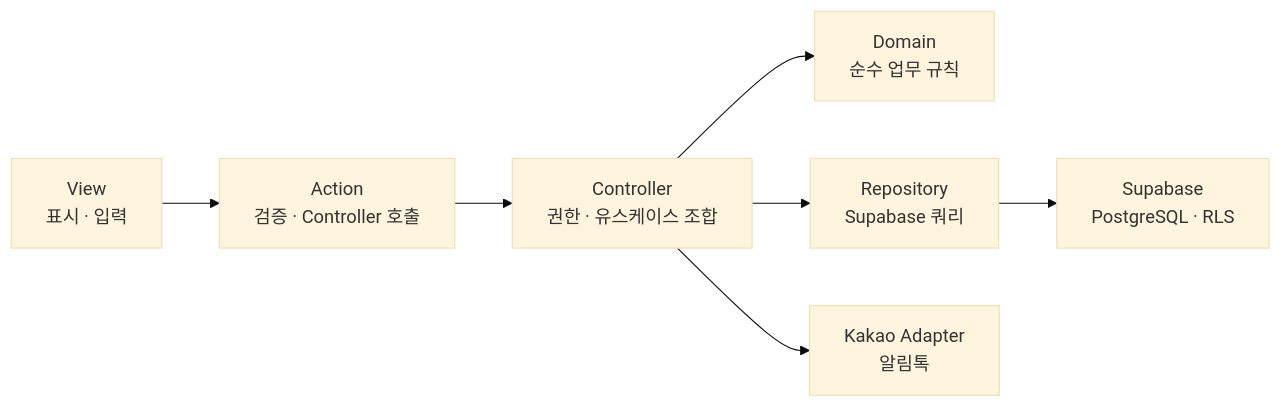
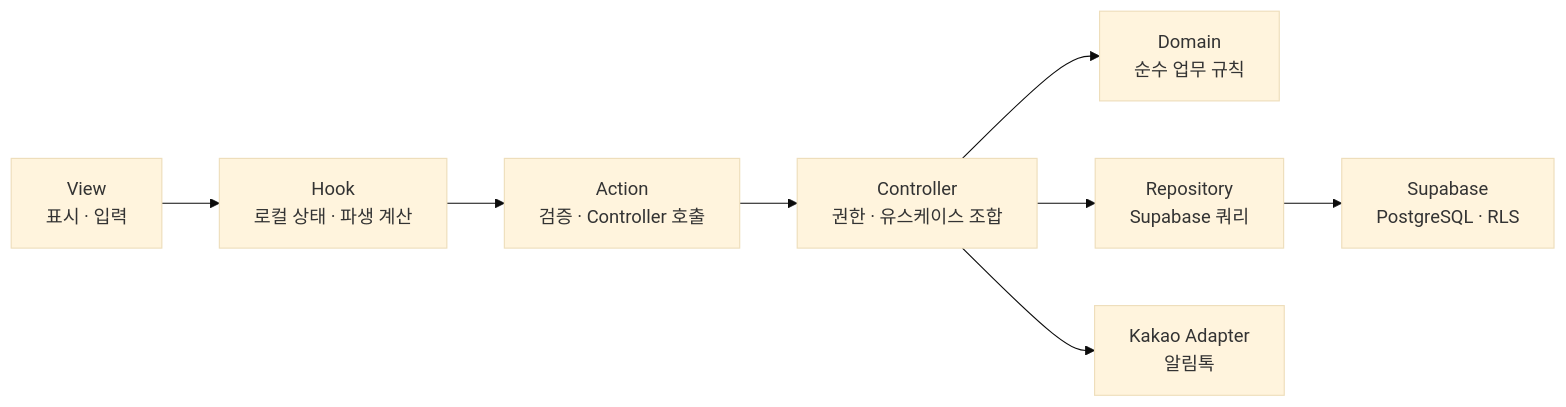
Before and after one commit to dv-yeop920/Lavi-crew: the diagram in docs/conventions/architecture-boundaries.md, drawn with Mermaid (base theme). The commit also changed other lines of this file and 133 other files, not shown here.

First line of the commit message:
feat: complete monthly schedule registration flow with draft overlay

````diff
--- a/docs/conventions/architecture-boundaries.md
+++ b/docs/conventions/architecture-boundaries.md
@@ -7,9 +7,10 @@
 ```mermaid
 flowchart LR
-  V["View<br/>표시 · 입력"] --> A["Action<br/>검증 · Controller 호출"]
+  V["View<br/>표시 · 입력"] --> H["Hook<br/>로컬 상태 · 파생 계산"]
+  H --> A["Action<br/>검증 · Controller 호출"]
   A --> C["Controller<br/>권한 · 유스케이스 조합"]
   C --> D["Domain<br/>순수 업무 규칙"]
   C --> R["Repository<br/>Supabase 쿼리"]
   R --> S["Supabase<br/>PostgreSQL · RLS"]
   C --> K["Kakao Adapter<br/>알림톡"]
 ```
````
